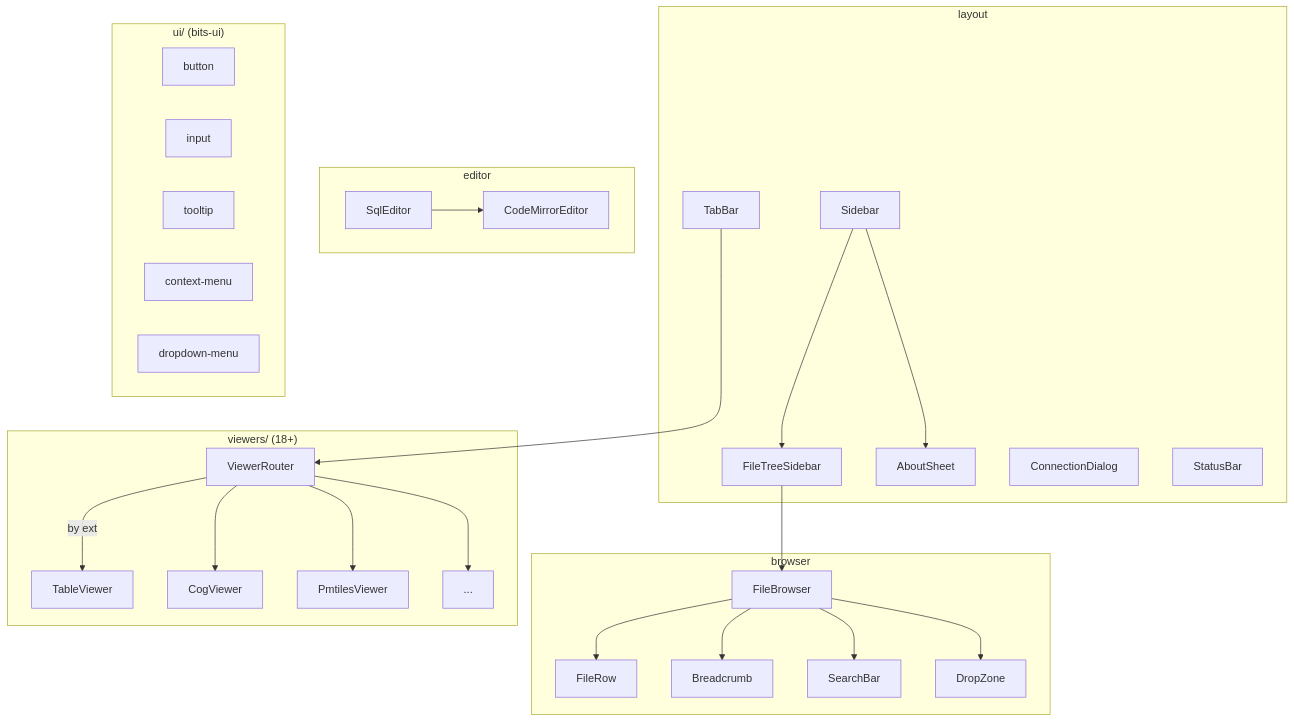
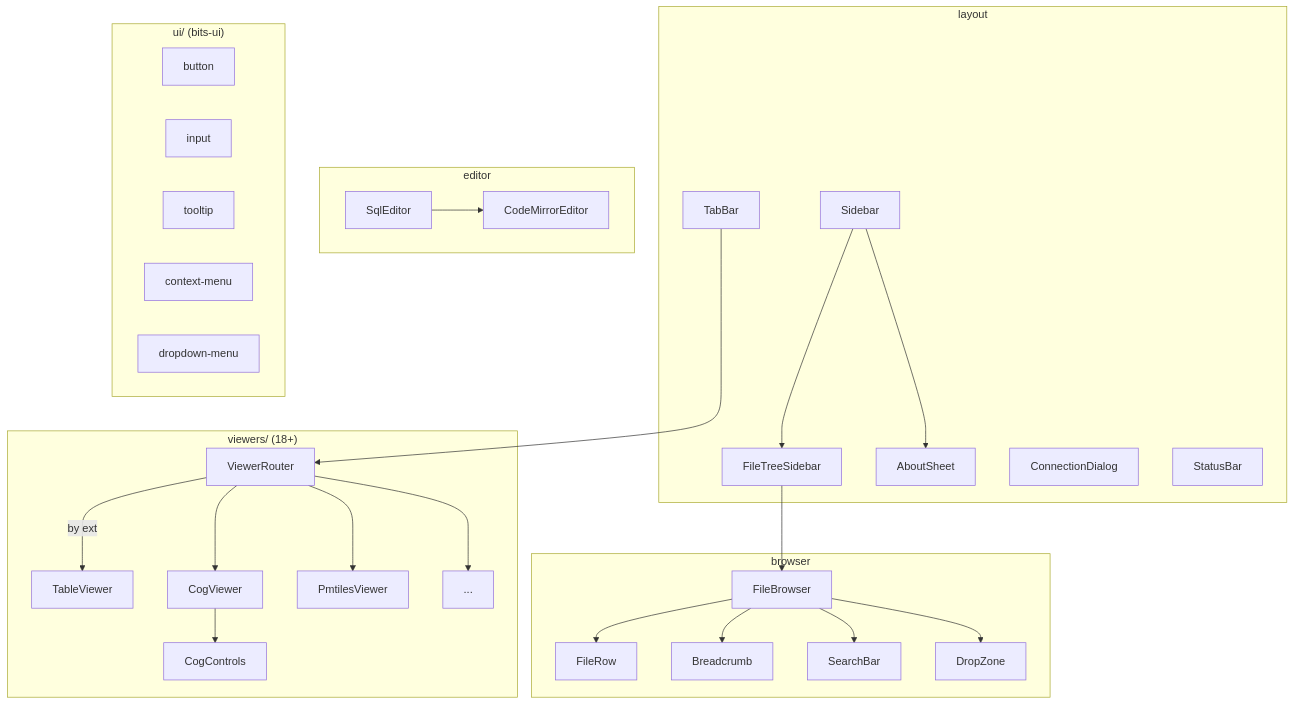
Before and after one commit to walkthru-earth/objex: the diagram in src/lib/components/CLAUDE.md, drawn with Mermaid. The commit also changed other lines of this file and 9 other files, not shown here.

First line of the commit message:
feat: add band-to-RGB mapping, color ramp selector, and pixel value inspector to COG viewer

````diff
--- a/src/lib/components/CLAUDE.md
+++ b/src/lib/components/CLAUDE.md
@@ -5,30 +5,30 @@
 ```mermaid
 graph TD
     subgraph layout
         SB[Sidebar] --> FTS[FileTreeSidebar]
         SB --> AS[AboutSheet]
         TB[TabBar]
         CD[ConnectionDialog]
         STB[StatusBar]
     end
     subgraph browser
         FTS --> FB[FileBrowser]
         FB --> FR[FileRow]
         FB --> BC[Breadcrumb]
         FB --> SBar[SearchBar]
         FB --> DZ[DropZone]
     end
     subgraph viewers["viewers/ (18+)"]
         VR[ViewerRouter] -->|by ext| TV[TableViewer]
-        VR --> CV[CogViewer]
+        VR --> CV[CogViewer] --> CC[CogControls]
         VR --> PV[PmtilesViewer]
         VR --> MORE[...]
     end
     subgraph editor
         SQL[SqlEditor] --> CM[CodeMirrorEditor]
     end
     subgraph ui["ui/ (bits-ui)"]
         BTN[button] & INP[input] & TT[tooltip] & CTX[context-menu] & DD[dropdown-menu]
     end
     TB --> VR
 ```
````
